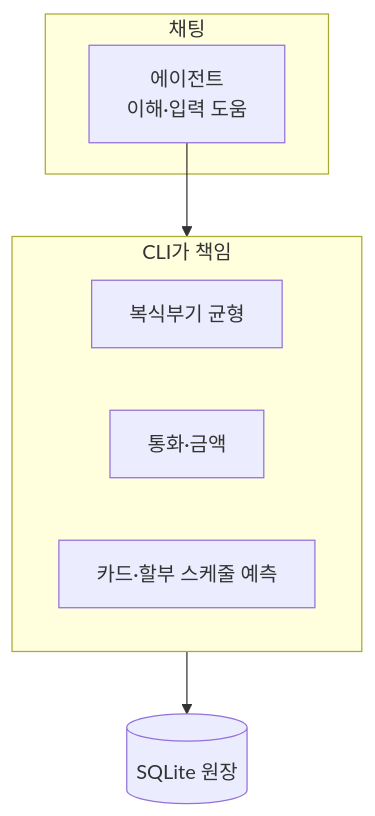
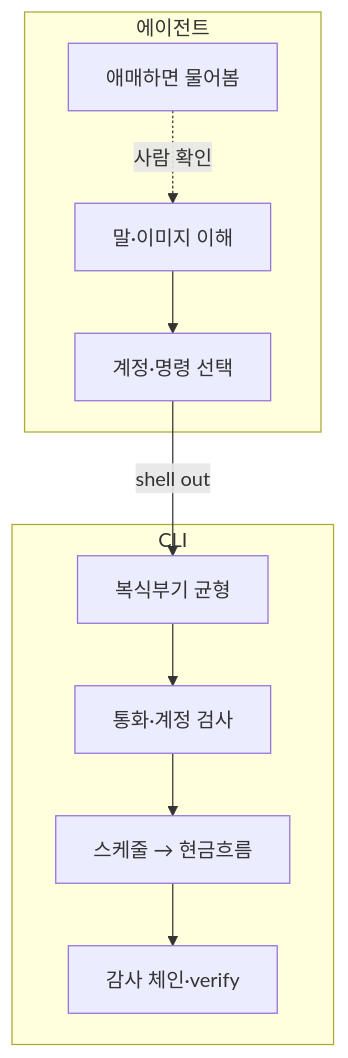
The second of 3 diagrams in README.md (ssota-labs/holiday), drawn with Mermaid before and after one commit. The commit also changed other lines of this file, not shown here.

````diff
--- a/README.md
+++ b/README.md
@@ -112,13 +106,20 @@
 ```mermaid
 flowchart TB
-  subgraph chat [채팅]
-    Agent[에이전트<br/>이해·입력 도움]
+  subgraph agent_side [에이전트]
+    understand[말·이미지 이해]
+    choose[계정·명령 선택]
+    ask[애매하면 물어봄]
   end
-  subgraph cli [CLI가 책임]
-    Inv[복식부기 균형]
-    Cur[통화·금액]
-    Sch[카드·할부 스케줄 예측]
+  subgraph cli_side [CLI]
+    bal[복식부기 균형]
+    ccy[통화·계정 검사]
+    sched[스케줄 → 현금흐름]
+    audit[감사 체인·verify]
   end
-  Agent --> cli
-  cli --> DB[(SQLite 원장)]
+  understand --> choose
+  choose -->|shell out| bal
+  bal --> ccy
+  ccy --> sched
+  sched --> audit
+  ask -.->|사람 확인| understand
 ```
````
